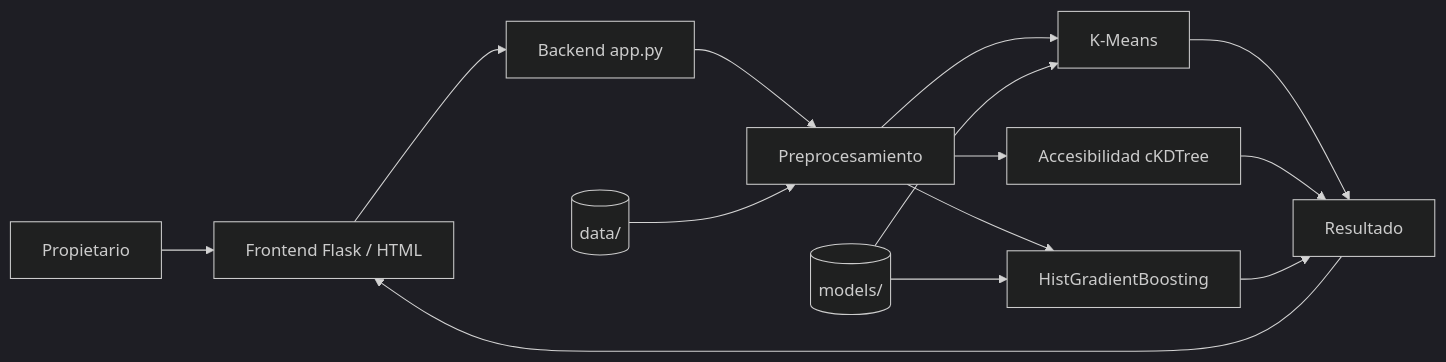
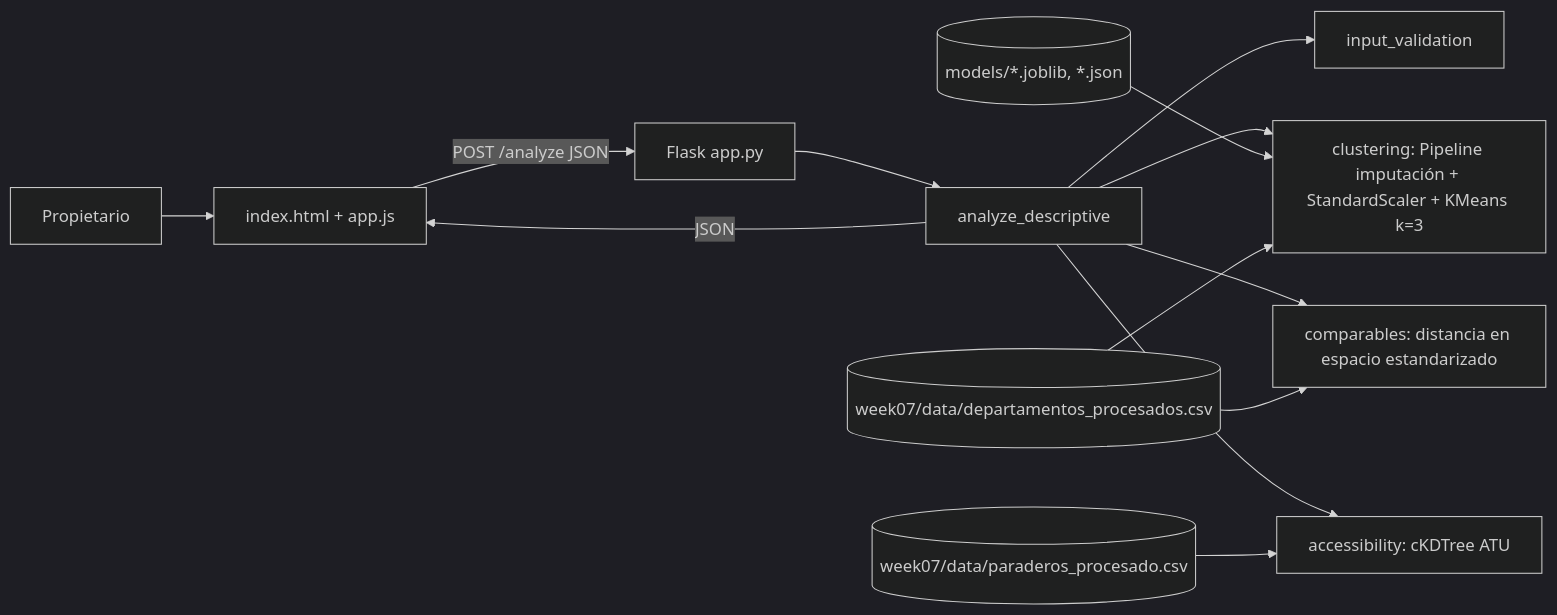
Before and after one commit to Luciana-y/DepaRent: the diagram in deliveries/week10/PrototypeReport.md, drawn with Mermaid (dark theme). The commit also changed other lines of this file and 26 other files, not shown here.

````diff
--- a/deliveries/week10/PrototypeReport.md
+++ b/deliveries/week10/PrototypeReport.md
@@ -19,16 +32,15 @@
 ```mermaid
 flowchart LR
-    U[Propietario] --> F[Frontend Flask / HTML]
-    F --> B[Backend app.py]
-    B --> P[Preprocesamiento]
-    P --> M1[K-Means]
-    P --> M2[Accesibilidad cKDTree]
-    P --> M3[HistGradientBoosting]
-    D[(data/)] --> P
-    MD[(models/)] --> M1
-    MD --> M3
-    M1 --> R[Resultado]
-    M2 --> R
-    M3 --> R
-    R --> F
+    U[Propietario] --> F[index.html + app.js]
+    F -- POST /analyze JSON --> B[Flask app.py]
+    B --> S[analyze_descriptive]
+    S --> V[input_validation]
+    S --> C[clustering: Pipeline imputación + StandardScaler + KMeans k=3]
+    S --> K[comparables: distancia en espacio estandarizado]
+    S --> A[accessibility: cKDTree ATU]
+    M[(models/*.joblib, *.json)] --> C
+    D1[(week07/data/departamentos_procesados.csv)] --> C
+    D1 --> K
+    D2[(week07/data/paraderos_procesado.csv)] --> A
+    S -- JSON --> F
 ```
````
